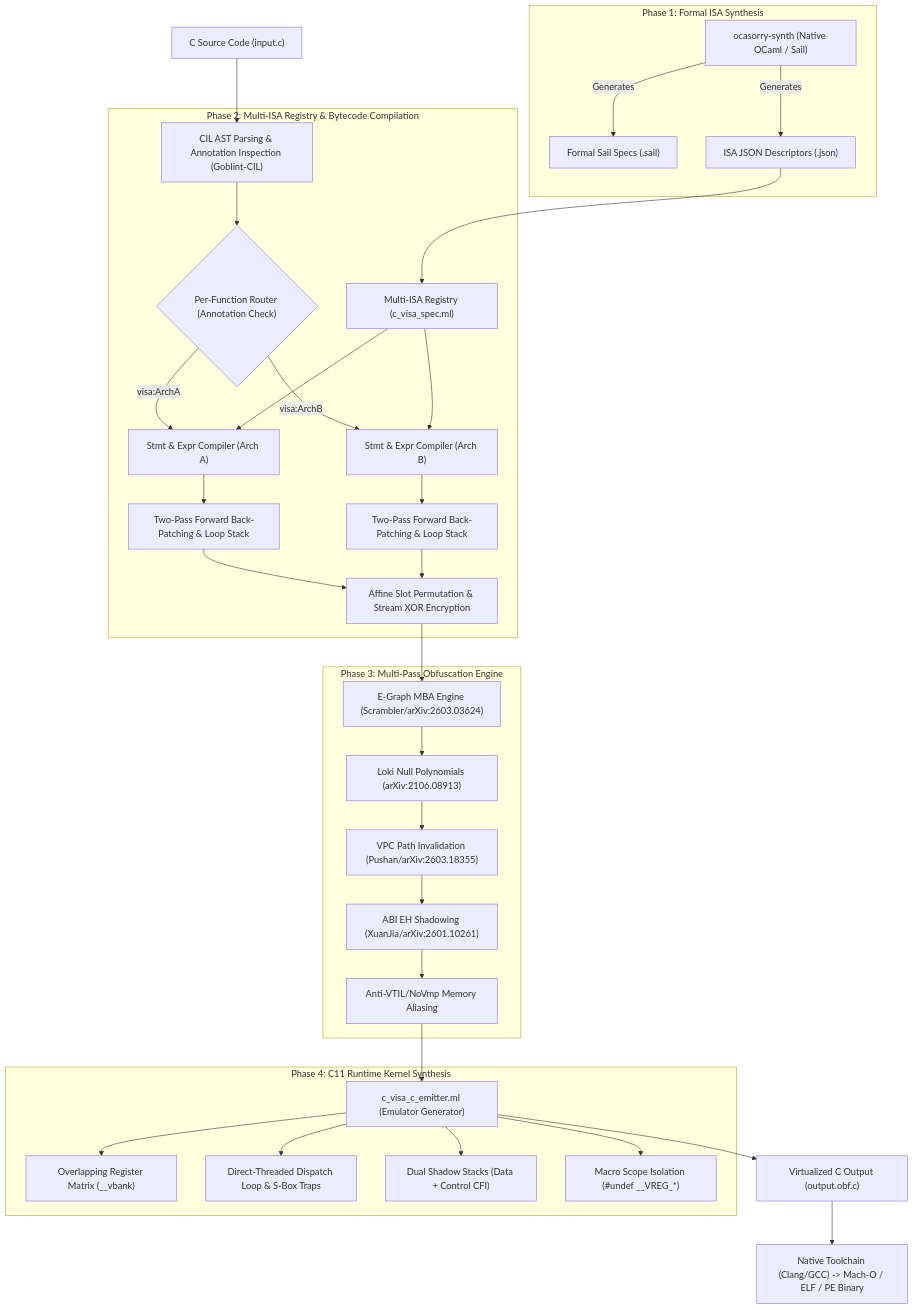
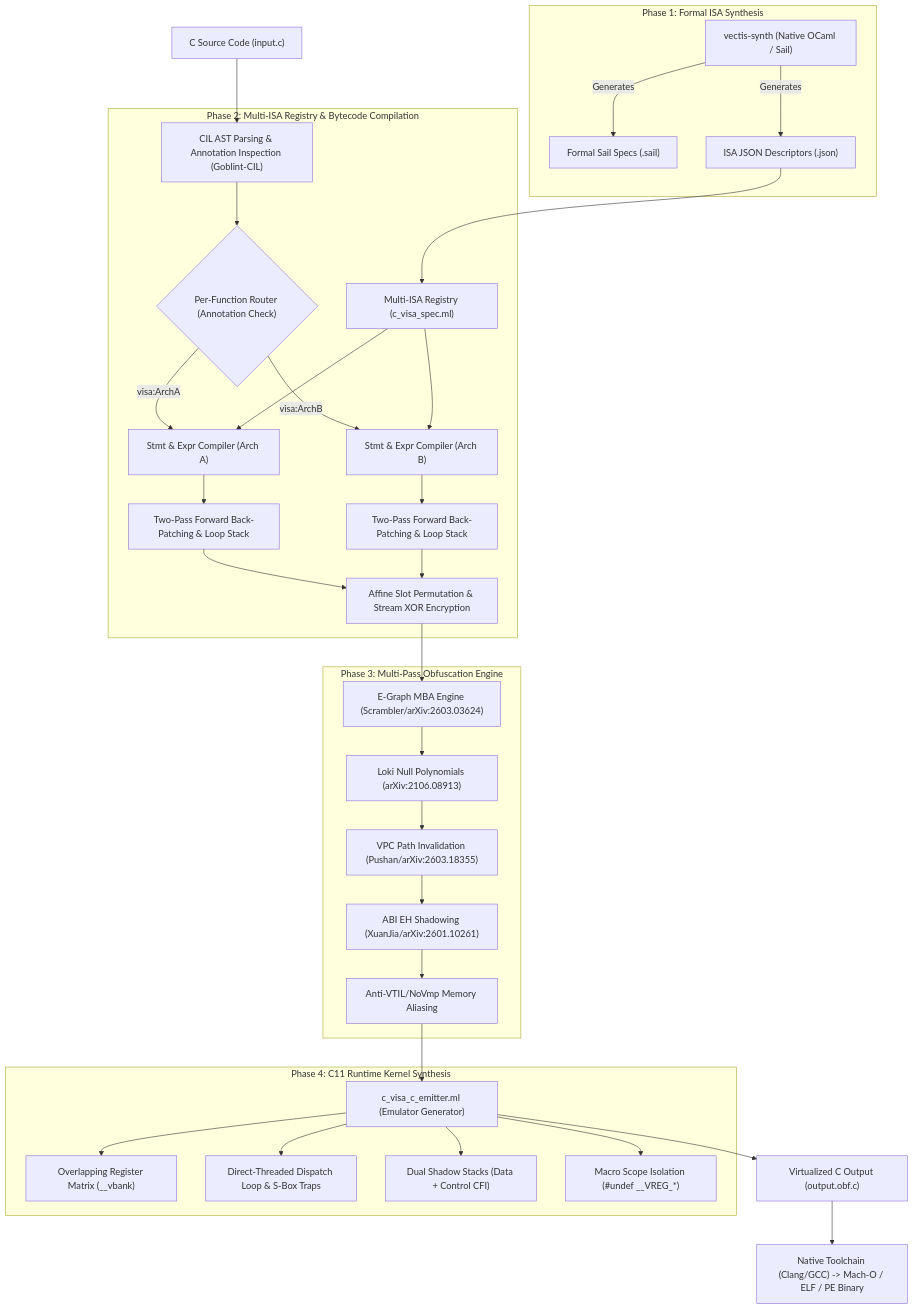
One commit to bivex/ocasorry changed the diagram in docs/isa-generation-pipeline.md. Above: the diagram before and after it, drawn with Mermaid. The commit also changed other lines of this file and 142 other files, not shown here.

Commit message:
feat(rebrand): rename project to Vectis (Vectis_lib, vectis, vectis-cc, vectis-synth)

````diff
--- a/docs/isa-generation-pipeline.md
+++ b/docs/isa-generation-pipeline.md
@@ -9,41 +9,41 @@
 ```mermaid
 graph TD
     A["C Source Code (input.c)"] --> B["CIL AST Parsing & Annotation Inspection (Goblint-CIL)"]
     
     subgraph "Phase 1: Formal ISA Synthesis"
-        S1["ocasorry-synth (Native OCaml / Sail)"] -->|Generates| S2["Formal Sail Specs (.sail)"]
+        S1["vectis-synth (Native OCaml / Sail)"] -->|Generates| S2["Formal Sail Specs (.sail)"]
         S1 -->|Generates| S3["ISA JSON Descriptors (.json)"]
     end
     
     subgraph "Phase 2: Multi-ISA Registry & Bytecode Compilation"
         S3 --> R1["Multi-ISA Registry (c_visa_spec.ml)"]
         B --> ROUTE{"Per-Function Router (Annotation Check)"}
         ROUTE -->|visa:ArchA| CA["Stmt & Expr Compiler (Arch A)"]
         ROUTE -->|visa:ArchB| CB["Stmt & Expr Compiler (Arch B)"]
         R1 --> CA
         R1 --> CB
         CA --> P1["Two-Pass Forward Back-Patching & Loop Stack"]
         CB --> P2["Two-Pass Forward Back-Patching & Loop Stack"]
         P1 --> ENC["Affine Slot Permutation & Stream XOR Encryption"]
         P2 --> ENC
     end
 
     subgraph "Phase 3: Multi-Pass Obfuscation Engine"
         ENC --> D1["E-Graph MBA Engine (Scrambler/arXiv:2603.03624)"]
         D1 --> D2["Loki Null Polynomials (arXiv:2106.08913)"]
         D2 --> D3["VPC Path Invalidation (Pushan/arXiv:2603.18355)"]
         D3 --> D4["ABI EH Shadowing (XuanJia/arXiv:2601.10261)"]
         D4 --> D5["Anti-VTIL/NoVmp Memory Aliasing"]
     end
 
     subgraph "Phase 4: C11 Runtime Kernel Synthesis"
         D5 --> E1["c_visa_c_emitter.ml (Emulator Generator)"]
         E1 --> E2["Overlapping Register Matrix (__vbank)"]
         E1 --> E3["Direct-Threaded Dispatch Loop & S-Box Traps"]
         E1 --> E4["Dual Shadow Stacks (Data + Control CFI)"]
         E1 --> E5["Macro Scope Isolation (#undef __VREG_*)"]
     end
 
     E1 --> F["Virtualized C Output (output.obf.c)"]
     F --> G["Native Toolchain (Clang/GCC) -> Mach-O / ELF / PE Binary"]
 ```
````
